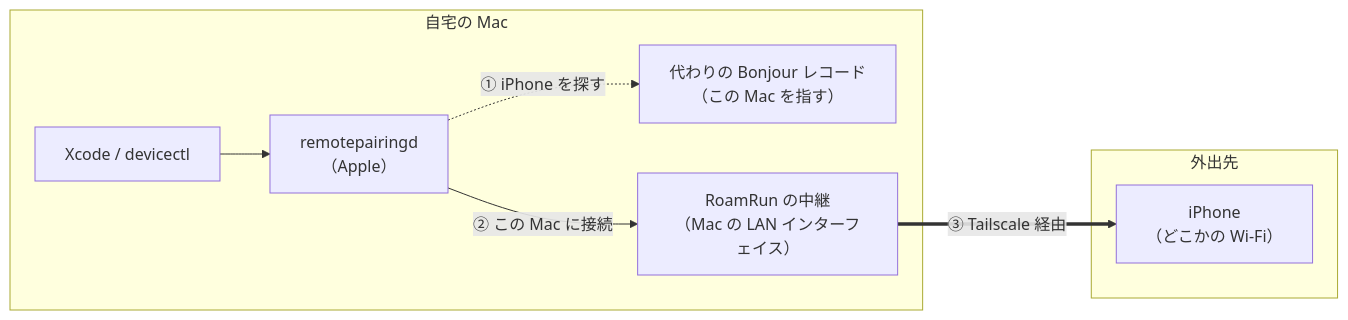
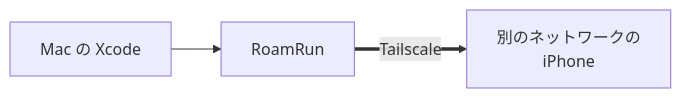
One commit to mh-mobile/RoamRun changed the diagram in README.ja.md. Above: the diagram before and after it, drawn with Mermaid. The commit also changed other lines of this file and 25 other files, not shown here.

````diff
--- a/README.ja.md
+++ b/README.ja.md
@@ -35,14 +23,5 @@
 ```mermaid
 flowchart LR
-  subgraph mac["自宅の Mac"]
-    xcode["Xcode / devicectl"] --> rpd["remotepairingd<br/>（Apple）"]
-    fake["代わりの Bonjour レコード<br/>（この Mac を指す）"]
-    relay["RoamRun の中継<br/>（Mac の LAN インターフェイス）"]
-  end
-  subgraph away["外出先"]
-    iphone["iPhone<br/>（どこかの Wi-Fi）"]
-  end
-  rpd -. "① iPhone を探す" .-> fake
-  rpd -- "② この Mac に接続" --> relay
-  relay == "③ Tailscale 経由" ==> iphone
+  xcode["Mac の Xcode"] --> bridge["RoamRun"]
+  bridge == "Tailscale" ==> device["別のネットワークの<br/>iPhone"]
 ```
````
